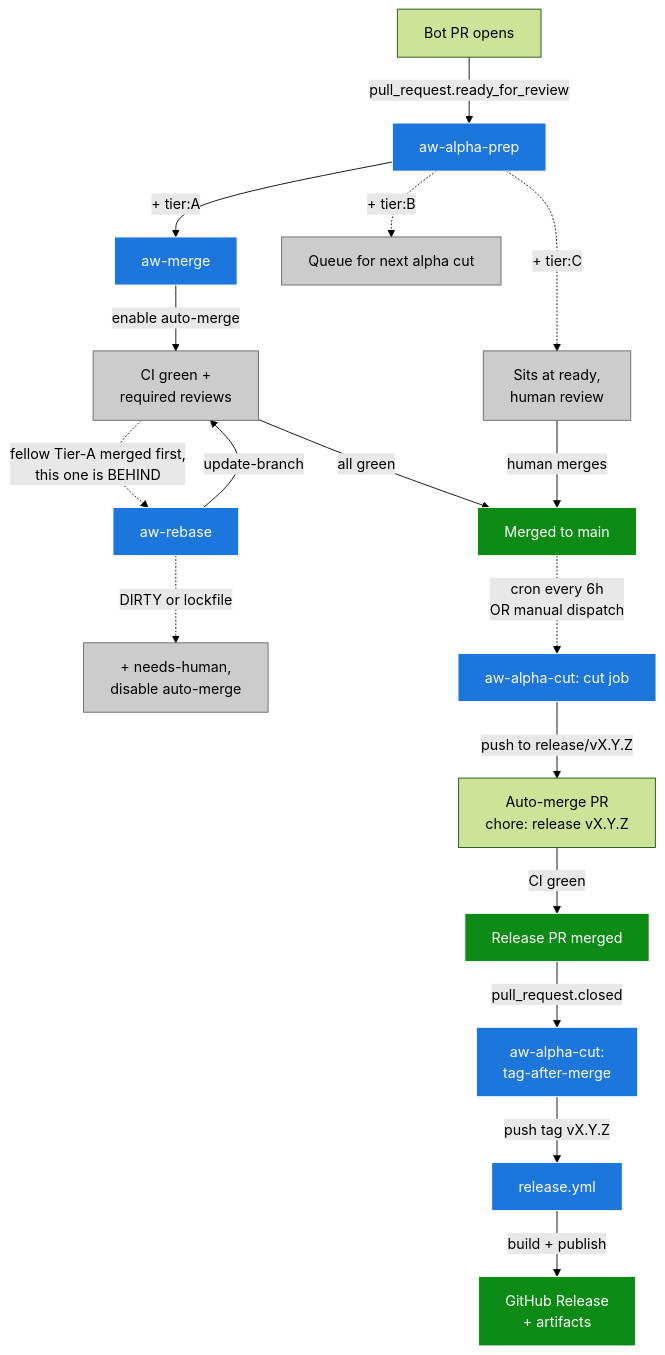
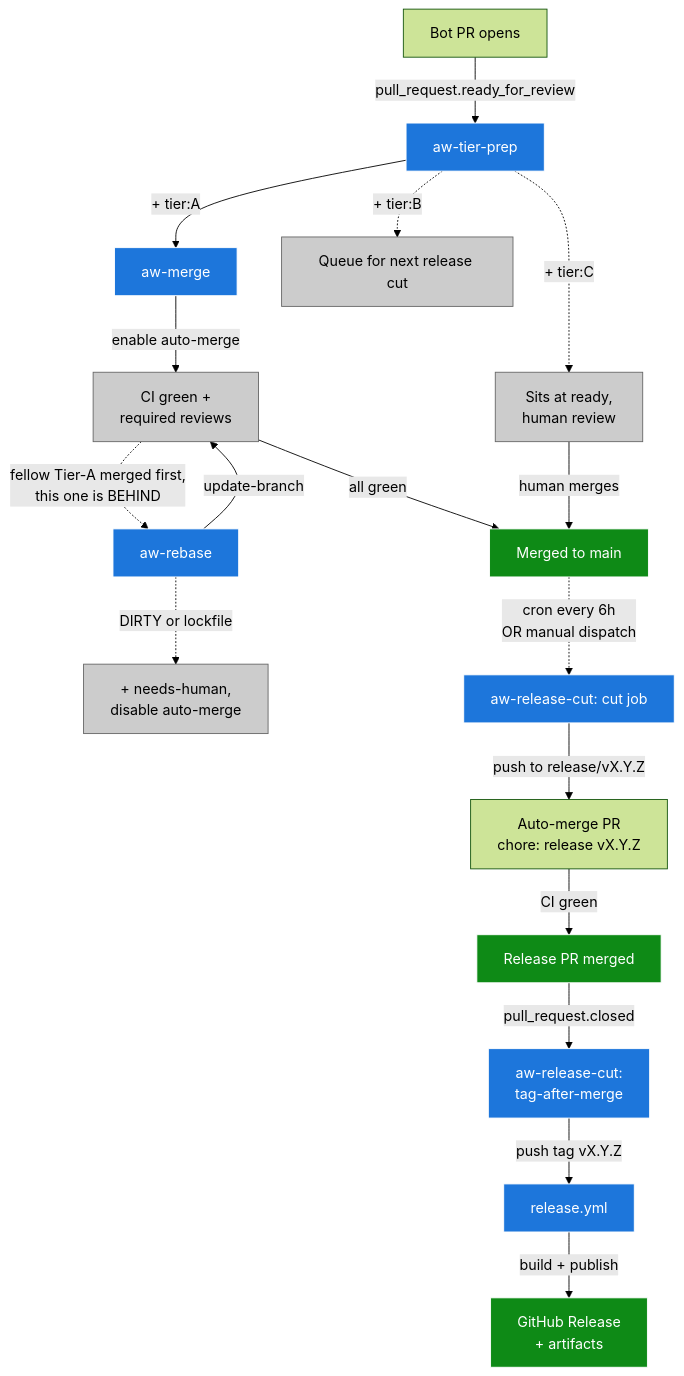
Before and after one commit to PeterBlenessy/notesage: the third of 3 diagrams in docs/agentic-workflow.md, drawn with Mermaid (forest theme). The commit also changed other lines of this file and 7 other files, not shown here.

````diff
--- a/docs/agentic-workflow.md
+++ b/docs/agentic-workflow.md
@@ -217,26 +223,26 @@
 ```mermaid
 flowchart TD
-  P1[Bot PR opens] -->|pull_request.ready_for_review| TP[aw-alpha-prep]
+  P1[Bot PR opens] -->|pull_request.ready_for_review| TP[aw-tier-prep]
   TP -->|+ tier:A| ME[aw-merge]
-  TP -.->|+ tier:B| Q[Queue for next alpha cut]
+  TP -.->|+ tier:B| Q[Queue for next release cut]
   TP -.->|+ tier:C| HR[Sits at ready,<br/>human review]
   ME -->|enable auto-merge| WAIT[CI green +<br/>required reviews]
   WAIT -.->|fellow Tier-A merged first,<br/>this one is BEHIND| RB[aw-rebase]
   RB -->|update-branch| WAIT
   RB -.->|DIRTY or lockfile| ESC[+ needs-human,<br/>disable auto-merge]
   WAIT -->|all green| MM[Merged to main]
   HR -->|human merges| MM
-  MM -.->|cron every 6h<br/>OR manual dispatch| AC[aw-alpha-cut: cut job]
+  MM -.->|cron every 6h<br/>OR manual dispatch| AC[aw-release-cut: cut job]
   AC -->|push to release/vX.Y.Z| RPR[Auto-merge PR<br/>chore: release vX.Y.Z]
   RPR -->|CI green| RMM[Release PR merged]
-  RMM -->|pull_request.closed| AT[aw-alpha-cut:<br/>tag-after-merge]
+  RMM -->|pull_request.closed| AT[aw-release-cut:<br/>tag-after-merge]
   AT -->|push tag vX.Y.Z| RY[release.yml]
   RY -->|build + publish| AR[GitHub Release<br/>+ artifacts]
 
   classDef skill fill:#1d76db,stroke:#fff,color:#fff
   classDef terminal fill:#0e8a16,stroke:#fff,color:#fff
   classDef stop fill:#cccccc,stroke:#666,color:#000
   class TP,ME,RB,AC,AT,RY skill
   class AR,MM,RMM terminal
   class HR,Q,ESC,WAIT stop
 ```
````
